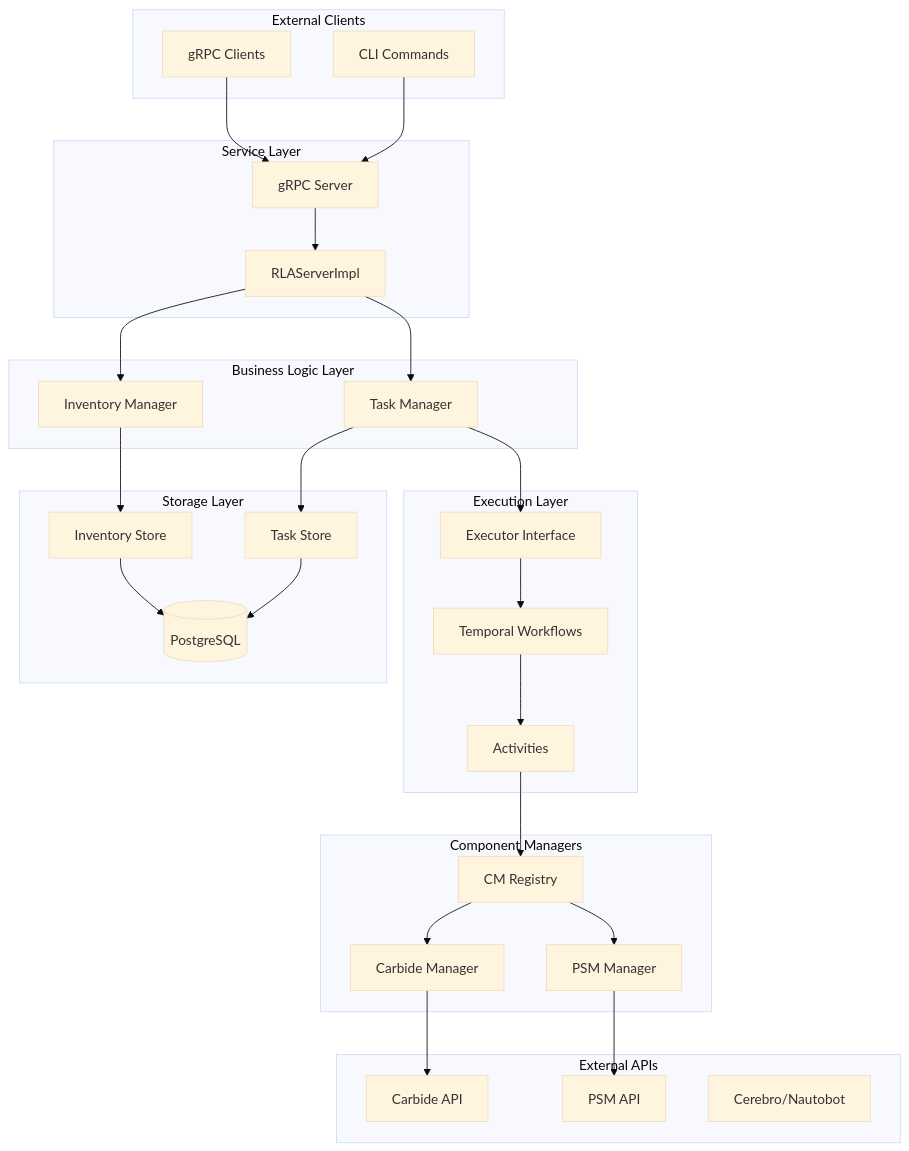
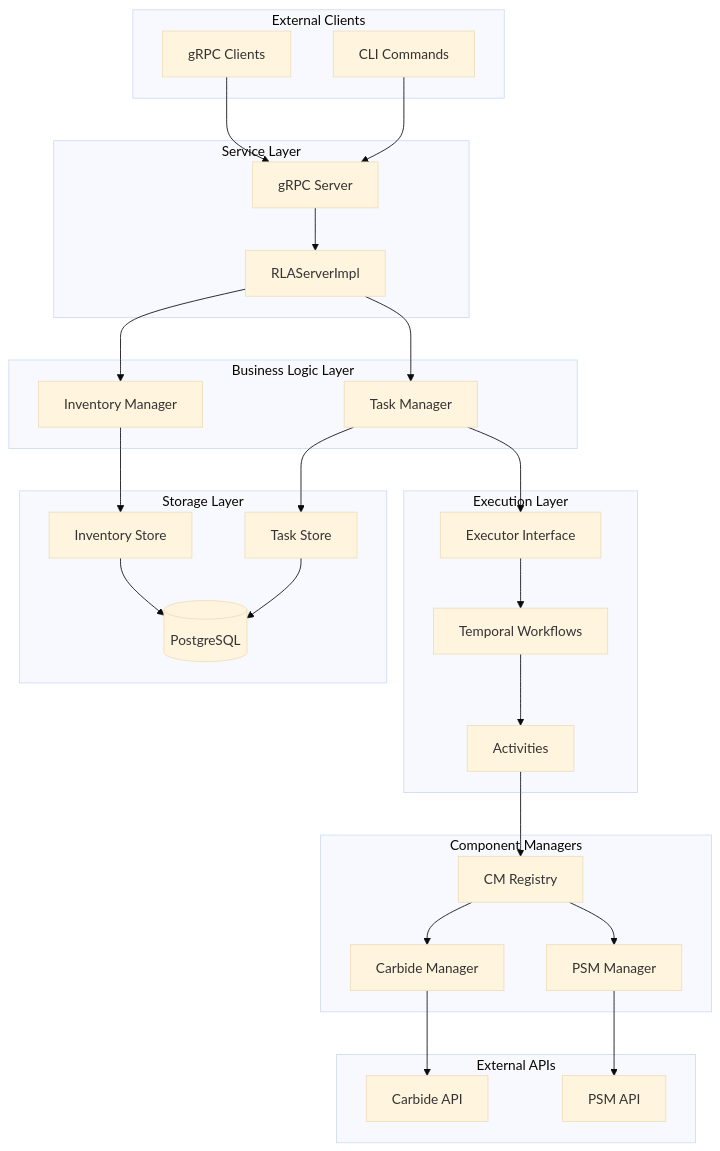
Before and after one commit to NVIDIA/bare-metal-manager-rest: the first of 3 diagrams in rla/docs/rla-architecture.md, drawn with Mermaid (base theme). The commit also changed other lines of this file and 246 other files, not shown here.

````diff
--- a/rla/docs/rla-architecture.md
+++ b/rla/docs/rla-architecture.md
@@ -44,59 +44,58 @@
 ```mermaid
 flowchart TB
     subgraph external [External Clients]
         grpcClient[gRPC Clients]
         cli[CLI Commands]
     end
 
     subgraph service [Service Layer]
         grpcServer[gRPC Server]
         serverImpl[RLAServerImpl]
     end
 
     subgraph business [Business Logic Layer]
         invManager[Inventory Manager]
         taskManager[Task Manager]
     end
 
     subgraph storage [Storage Layer]
         invStore[Inventory Store]
         taskStore[Task Store]
         postgres[(PostgreSQL)]
     end
 
     subgraph execution [Execution Layer]
         executor[Executor Interface]
         temporal[Temporal Workflows]
         activities[Activities]
     end
 
     subgraph componentmgr [Component Managers]
         cmRegistry[CM Registry]
         carbideCM[Carbide Manager]
         psmCM[PSM Manager]
     end
 
     subgraph external_apis [External APIs]
         carbideAPI[Carbide API]
         psmAPI[PSM API]
-        cerebroAPI[Cerebro/Nautobot]
     end
 
     grpcClient --> grpcServer
     cli --> grpcServer
     grpcServer --> serverImpl
     serverImpl --> invManager
     serverImpl --> taskManager
     invManager --> invStore
     taskManager --> taskStore
     taskManager --> executor
     invStore --> postgres
     taskStore --> postgres
     executor --> temporal
     temporal --> activities
     activities --> cmRegistry
     cmRegistry --> carbideCM
     cmRegistry --> psmCM
     carbideCM --> carbideAPI
     psmCM --> psmAPI
 ```
````
